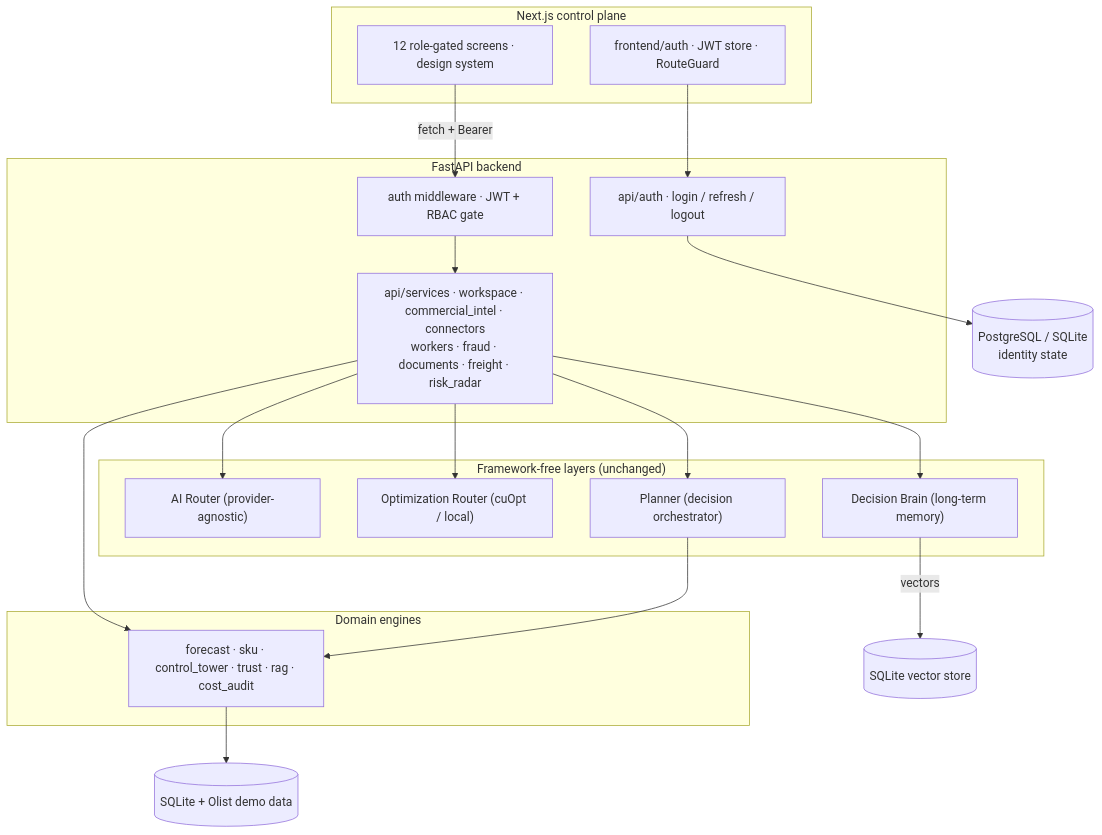
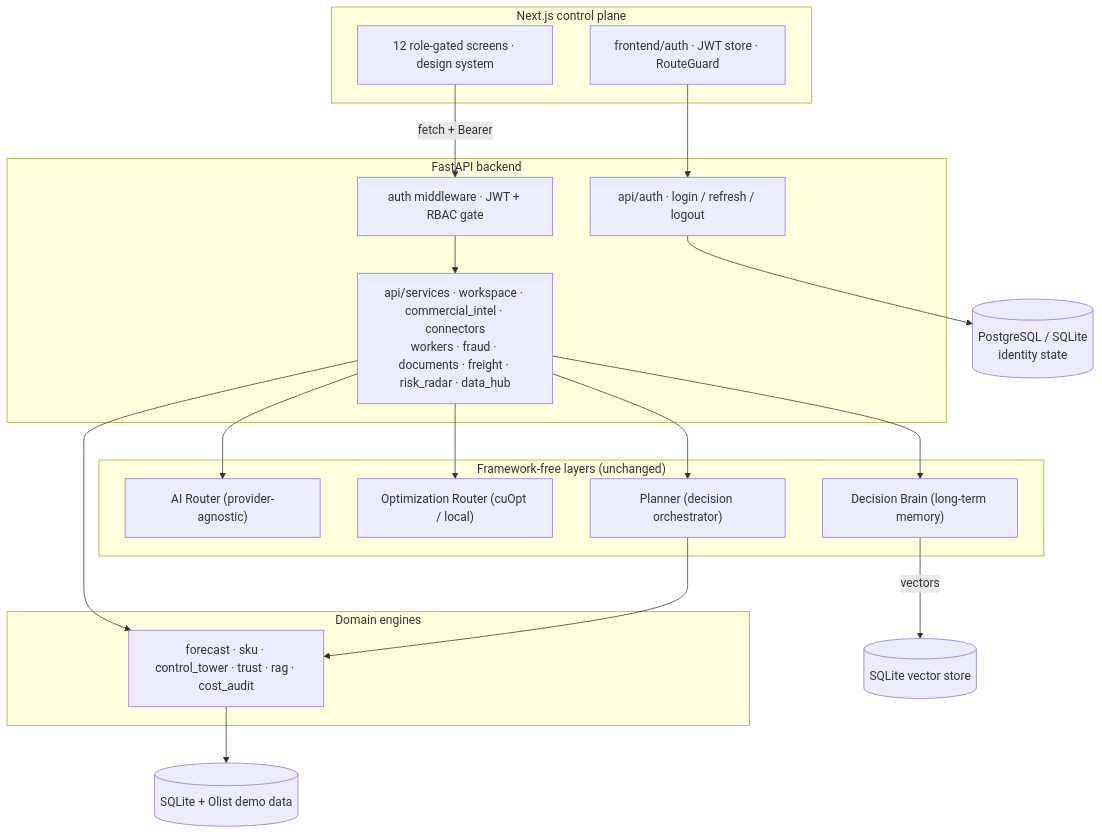
The first of 3 diagrams in README.md (Kisharky/SupChainMate), drawn with Mermaid before and after one commit. The commit also changed other lines of this file and 2 other files, not shown here.

Commit message:
docs: document Data Hub
- README: add data_hub to the architecture diagram and repo tree.
- DEMO.md: add scenario K (Data Hub — upload, detect, map, validate, import,
  Knowledge retrieval).
- CHANGELOG: record the Data Hub (onboarding + real Knowledge/Brain indexing).

Claude-Session: https://claude.ai/code/session_01FcZFiLSWXV6nXZRfZjFH21

````diff
--- a/README.md
+++ b/README.md
@@ -80,29 +80,29 @@
 ```mermaid
 flowchart TB
     subgraph Client["Next.js control plane"]
         UI["12 role-gated screens · design system"]
         AUTHFE["frontend/auth · JWT store · RouteGuard"]
     end
     subgraph API["FastAPI backend"]
         GATE["auth middleware · JWT + RBAC gate"]
         AUTH["api/auth · login / refresh / logout"]
-        SVC["api/services · workspace · commercial_intel · connectors<br/>workers · fraud · documents · freight · risk_radar"]
+        SVC["api/services · workspace · commercial_intel · connectors<br/>workers · fraud · documents · freight · risk_radar · data_hub"]
     end
     subgraph Intelligence["Framework-free layers (unchanged)"]
         AIR["AI Router (provider-agnostic)"]
         OPT["Optimization Router (cuOpt / local)"]
         PLN["Planner (decision orchestrator)"]
         BRN["Decision Brain (long-term memory)"]
     end
     subgraph Domain["Domain engines"]
         ENG["forecast · sku · control_tower · trust · rag · cost_audit"]
     end
     UI -->|"fetch + Bearer"| GATE
     AUTHFE --> AUTH
     GATE --> SVC --> ENG
     SVC --> AIR & OPT & PLN & BRN
     PLN --> ENG
     BRN -->|vectors| STORE[("SQLite vector store")]
     AUTH --> IDDB[("PostgreSQL / SQLite<br/>identity state")]
     ENG --> DEMO[("SQLite + Olist demo data")]
 ```
````
